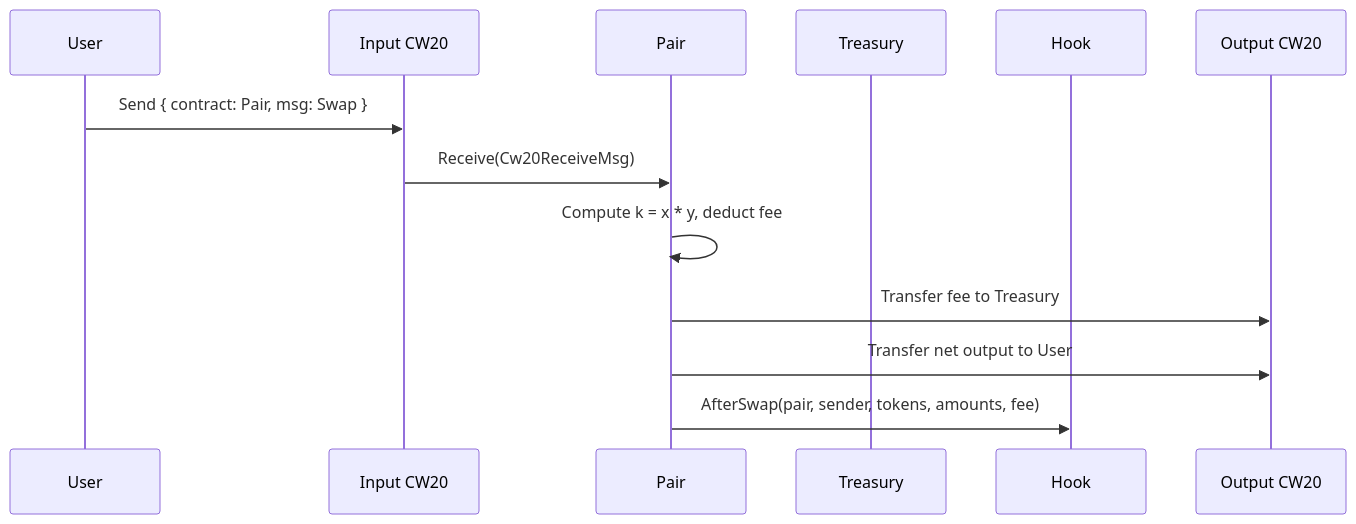
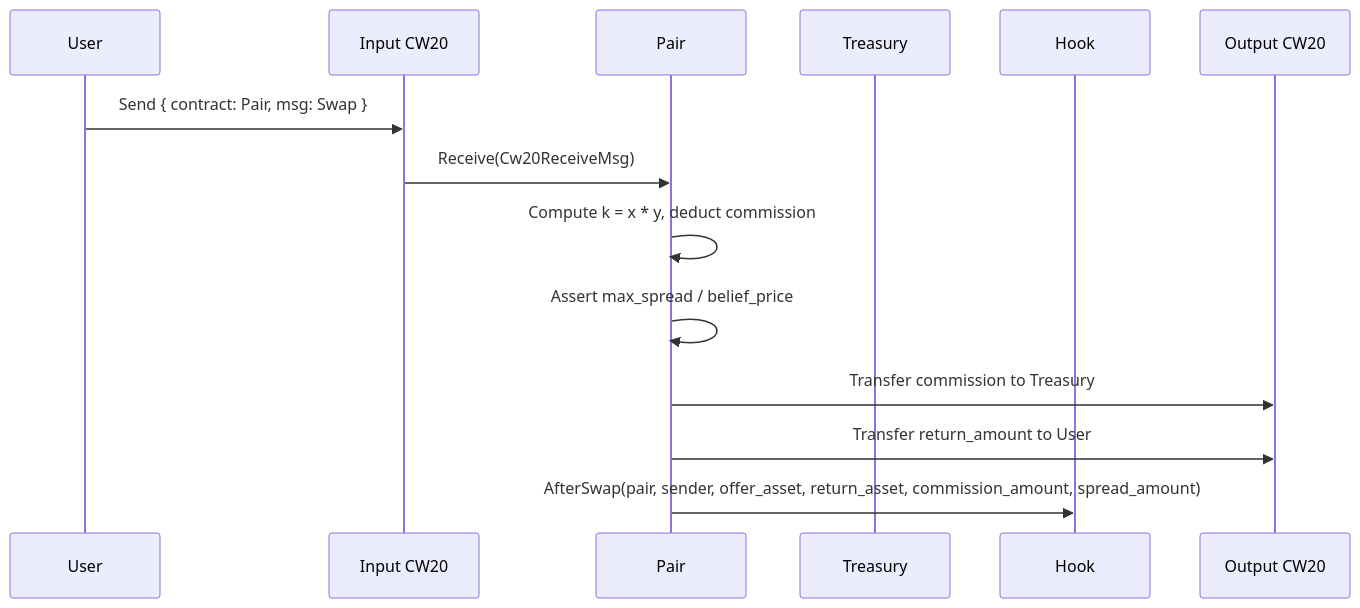
Before and after one commit to PlasticDigits/cl8y-dex-terraclassic: the second of 2 diagrams in docs/architecture.md, drawn with Mermaid. The commit also changed other lines of this file and 32 other files, not shown here.

````diff
--- a/docs/architecture.md
+++ b/docs/architecture.md
@@ -22,16 +22,17 @@
 ```mermaid
 sequenceDiagram
     participant User
     participant CW20 as Input CW20
     participant Pair
     participant Treasury
     participant Hook
     participant OutCW20 as Output CW20
 
     User->>CW20: Send { contract: Pair, msg: Swap }
     CW20->>Pair: Receive(Cw20ReceiveMsg)
-    Pair->>Pair: Compute k = x * y, deduct fee
-    Pair->>OutCW20: Transfer fee to Treasury
-    Pair->>OutCW20: Transfer net output to User
-    Pair->>Hook: AfterSwap(pair, sender, tokens, amounts, fee)
+    Pair->>Pair: Compute k = x * y, deduct commission
+    Pair->>Pair: Assert max_spread / belief_price
+    Pair->>OutCW20: Transfer commission to Treasury
+    Pair->>OutCW20: Transfer return_amount to User
+    Pair->>Hook: AfterSwap(pair, sender, offer_asset, return_asset, commission_amount, spread_amount)
 ```
````
